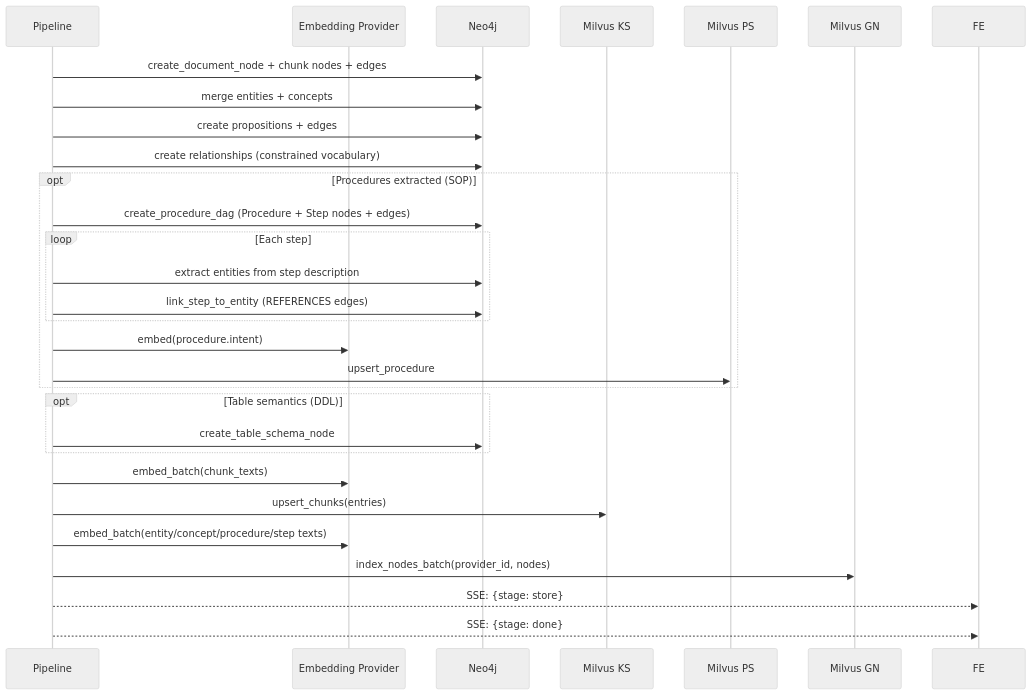
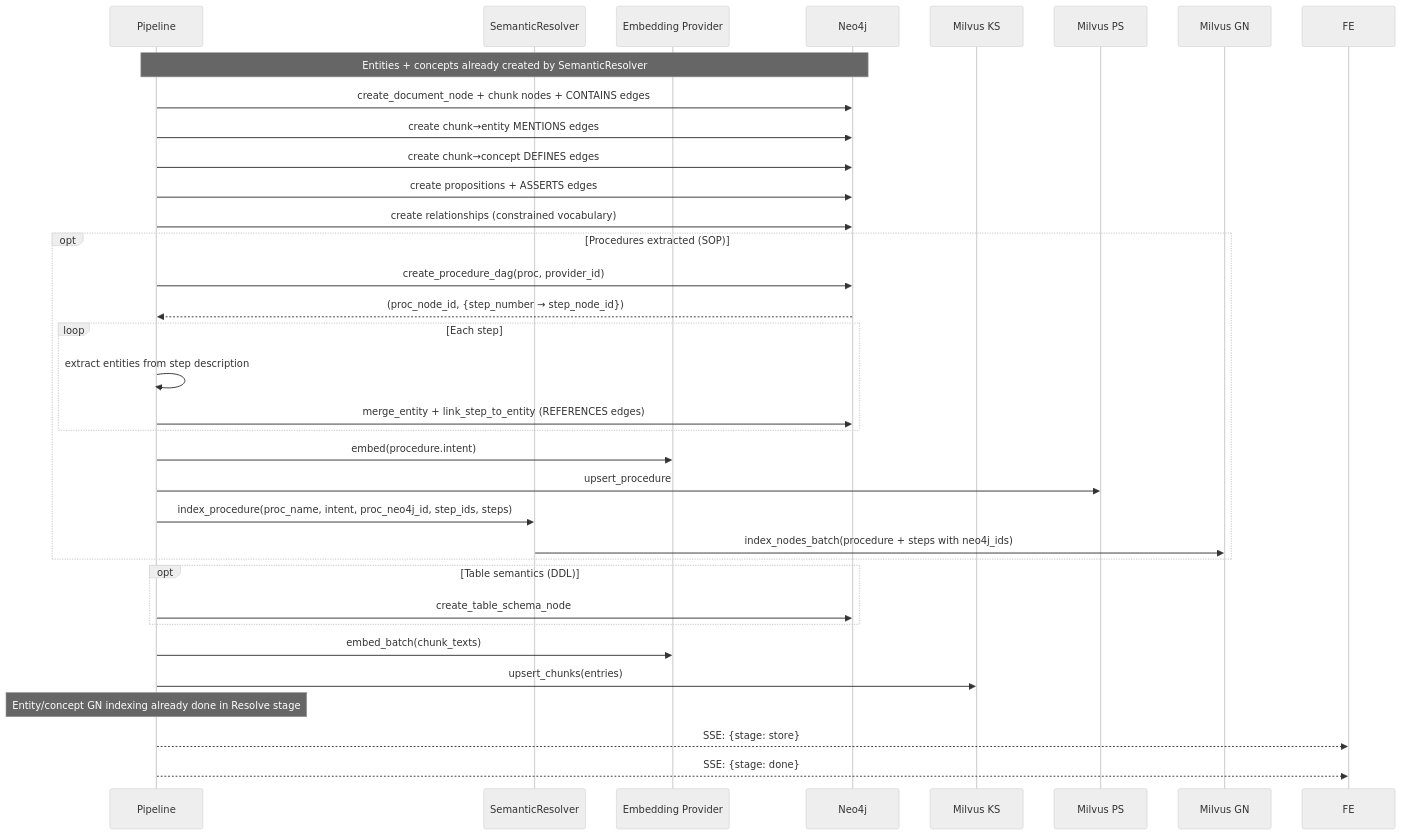
Before and after one commit to rashwin88/trident-demo: the seventh of 7 diagrams in docs/ingestion-pipeline.md, drawn with Mermaid (neutral theme). The commit also changed other lines of this file and 50 other files, not shown here.

````diff
--- a/docs/ingestion-pipeline.md
+++ b/docs/ingestion-pipeline.md
@@ -211,37 +311,42 @@
 ```mermaid
 sequenceDiagram
     participant P as Pipeline
+    participant SR as SemanticResolver
     participant EMB as Embedding Provider
     participant G as Neo4j
     participant KS as Milvus KS
     participant PS as Milvus PS
     participant GN as Milvus GN
 
-    P->>G: create_document_node + chunk nodes + edges
-    P->>G: merge entities + concepts
-    P->>G: create propositions + edges
+    Note over P,G: Entities + concepts already created by SemanticResolver
+    P->>G: create_document_node + chunk nodes + CONTAINS edges
+    P->>G: create chunk→entity MENTIONS edges
+    P->>G: create chunk→concept DEFINES edges
+    P->>G: create propositions + ASSERTS edges
     P->>G: create relationships (constrained vocabulary)
 
     opt Procedures extracted (SOP)
-        P->>G: create_procedure_dag (Procedure + Step nodes + edges)
+        P->>G: create_procedure_dag(proc, provider_id)
+        G-->>P: (proc_node_id, {step_number → step_node_id})
         loop Each step
-            P->>G: extract entities from step description
-            P->>G: link_step_to_entity (REFERENCES edges)
+            P->>P: extract entities from step description
+            P->>G: merge_entity + link_step_to_entity (REFERENCES edges)
         end
         P->>EMB: embed(procedure.intent)
         P->>PS: upsert_procedure
+        P->>SR: index_procedure(proc_name, intent, proc_neo4j_id, step_ids, steps)
+        SR->>GN: index_nodes_batch(procedure + steps with neo4j_ids)
     end
 
     opt Table semantics (DDL)
         P->>G: create_table_schema_node
     end
 
     P->>EMB: embed_batch(chunk_texts)
     P->>KS: upsert_chunks(entries)
 
-    P->>EMB: embed_batch(entity/concept/procedure/step texts)
-    P->>GN: index_nodes_batch(provider_id, nodes)
+    Note over P: Entity/concept GN indexing already done in Resolve stage
 
     P-->>FE: SSE: {stage: store}
     P-->>FE: SSE: {stage: done}
 ```
````
